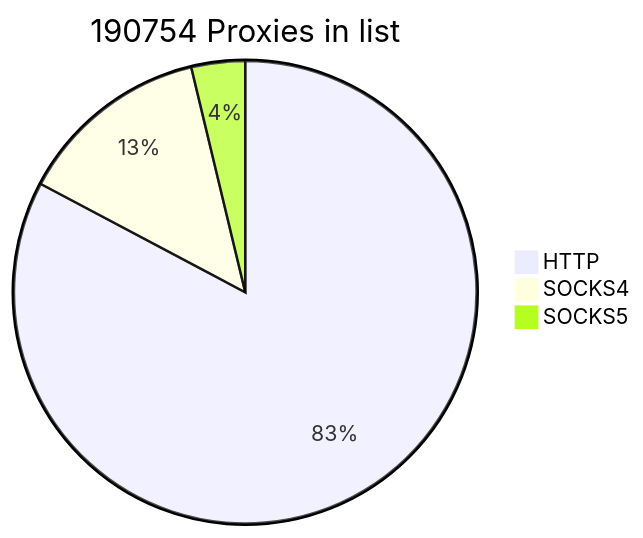
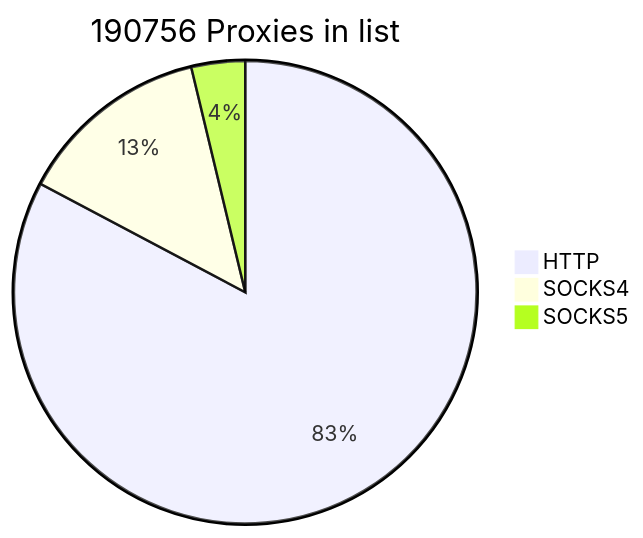
One commit to cutipu/proxylist changed the first of 2 diagrams in README.md. Above: the diagram before and after it, drawn with Mermaid. The commit also changed other lines of this file, not shown here.

````diff
--- a/README.md
+++ b/README.md
@@ -2,7 +2,7 @@
 ```mermaid
-pie title 190754 Proxies in list
-    "HTTP" : 157852
-    "SOCKS4" : 25748
+pie title 190756 Proxies in list
+    "HTTP" : 157853
+    "SOCKS4" : 25749
     "SOCKS5" : 7154
             
 ```
````
